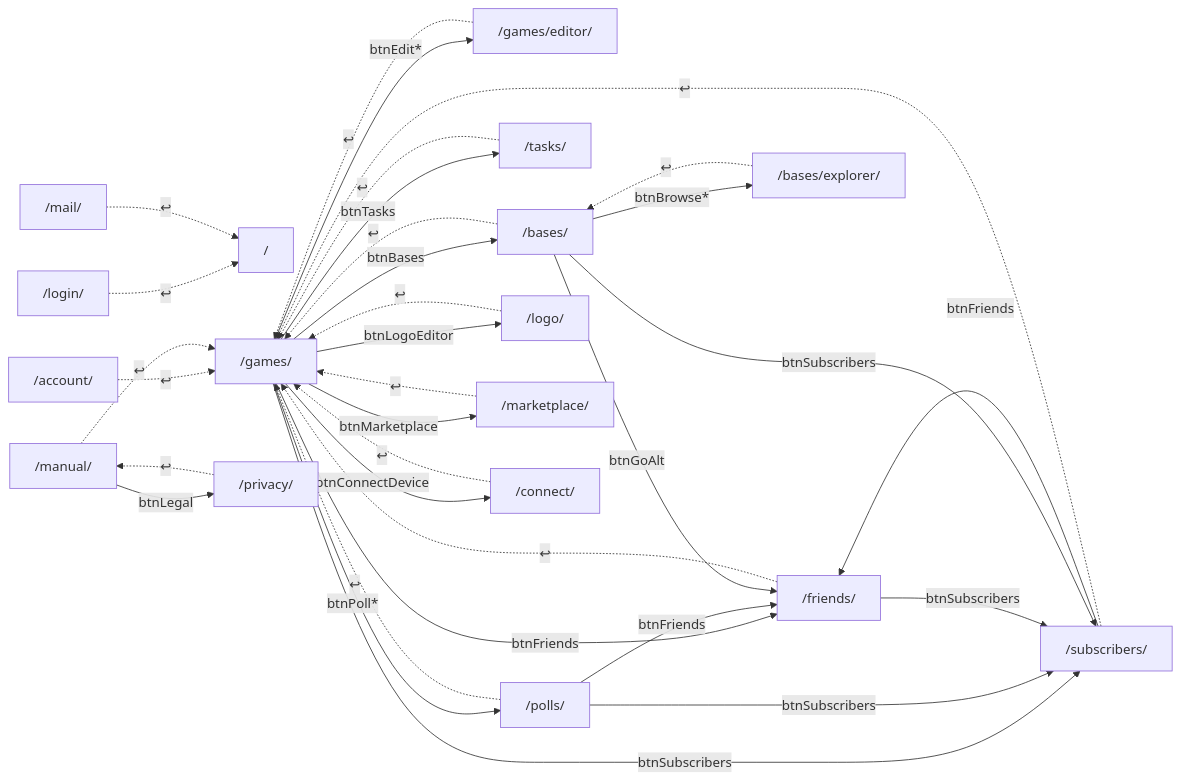
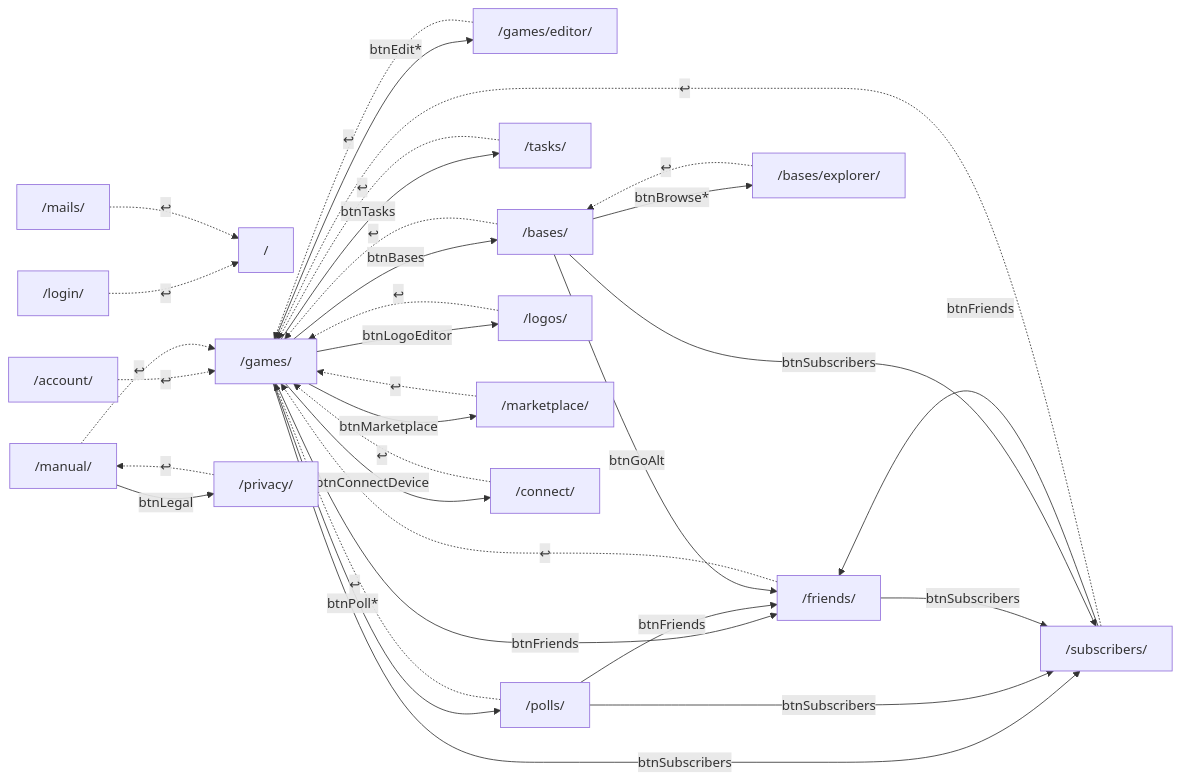
The ninth of 9 diagrams in docs/nawigacja-mapa-plan.md (Andrish97/familiada), drawn with Mermaid before and after one commit. The commit also changed other lines of this file and 2 other files, not shown here.

````diff
--- a/docs/nawigacja-mapa-plan.md
+++ b/docs/nawigacja-mapa-plan.md
@@ -778,52 +778,52 @@
 ```mermaid
 flowchart LR
   home["/"]
   login["/login/"]
   games["/games/"]
   editor["/games/editor/"]
   polls["/polls/"]
   friends["/friends/"]
   subscribers["/subscribers/"]
   tasks["/tasks/"]
   bases["/bases/"]
   baseExplorer["/bases/explorer/"]
-  logoEditor["/logo/"]
+  logoEditor["/logos/"]
   marketplace["/marketplace/"]
   connectDevice["/connect/"]
   account["/account/"]
   manual["/manual/"]
-  mailCenter["/mail/"]
+  mailCenter["/mails/"]
   privacy["/privacy/"]
   games -->|btnMarketplace| marketplace
   games -->|btnLogoEditor| logoEditor
   games -->|btnConnectDevice| connectDevice
   games -->|btnFriends| friends
   games -->|btnSubscribers| subscribers
   games -->|btnTasks| tasks
   games -->|btnBases| bases
   games -->|btnEdit*| editor
   games -->|btnPoll*| polls
   polls -->|btnFriends| friends
   polls -->|btnSubscribers| subscribers
   friends -->|btnSubscribers| subscribers
   subscribers -->|btnFriends| friends
   bases -->|btnGoAlt| friends
   bases -->|btnSubscribers| subscribers
   bases -->|btnBrowse*| baseExplorer
   manual -->|btnLegal| privacy
   login -.->|↩| home
   editor -.->|↩| games
   polls -.->|↩| games
   friends -.->|↩| games
   subscribers -.->|↩| games
   tasks -.->|↩| games
   bases -.->|↩| games
   baseExplorer -.->|↩| bases
   logoEditor -.->|↩| games
   marketplace -.->|↩| games
   connectDevice -.->|↩| games
   account -.->|↩| games
   manual -.->|↩| games
   mailCenter -.->|↩| home
   privacy -.->|↩| manual
 ```
````
